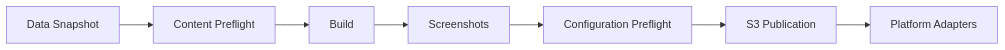
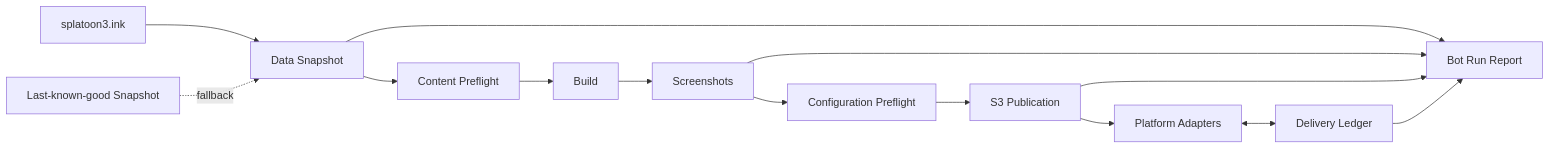
One commit to TenviLi/splatoon3-bot changed the first of 2 diagrams in README.md. Above: the diagram before and after it, drawn with Mermaid. The commit also changed other lines of this file and 56 other files, not shown here.

Commit message:
feat: harden bot delivery reliability

````diff
--- a/README.md
+++ b/README.md
@@ -205,9 +205,16 @@
 ```mermaid
 flowchart LR
-  snapshot["Data Snapshot"] --> content["Content Preflight"]
+  upstream["splatoon3.ink"] --> snapshot["Data Snapshot"]
+  lastGood["Last-known-good Snapshot"] -. "fallback" .-> snapshot
+  snapshot --> content["Content Preflight"]
   content --> build["Build"]
   build --> screenshots["Screenshots"]
   screenshots --> config["Configuration Preflight"]
   config --> publish["S3 Publication"]
   publish --> adapters["Platform Adapters"]
+  adapters <--> ledger["Delivery Ledger"]
+  snapshot --> report["Bot Run Report"]
+  screenshots --> report
+  publish --> report
+  ledger --> report
 ```
````
